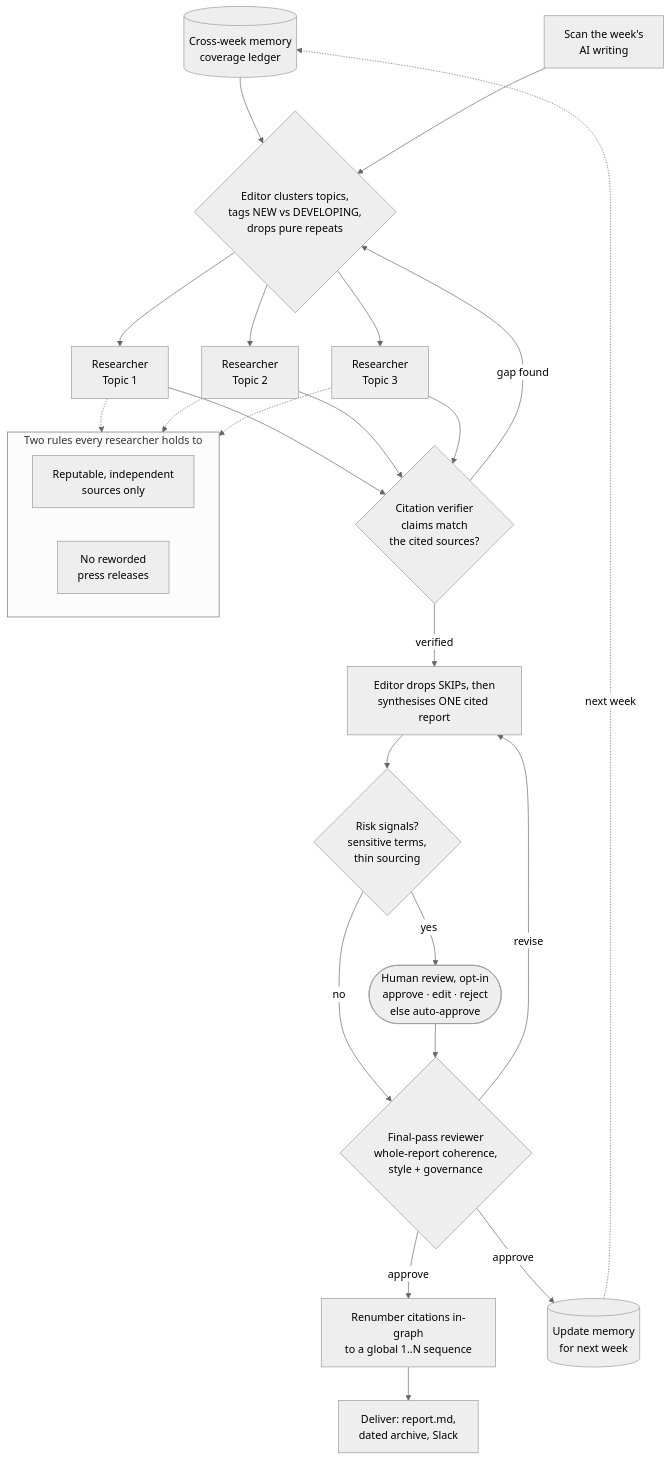
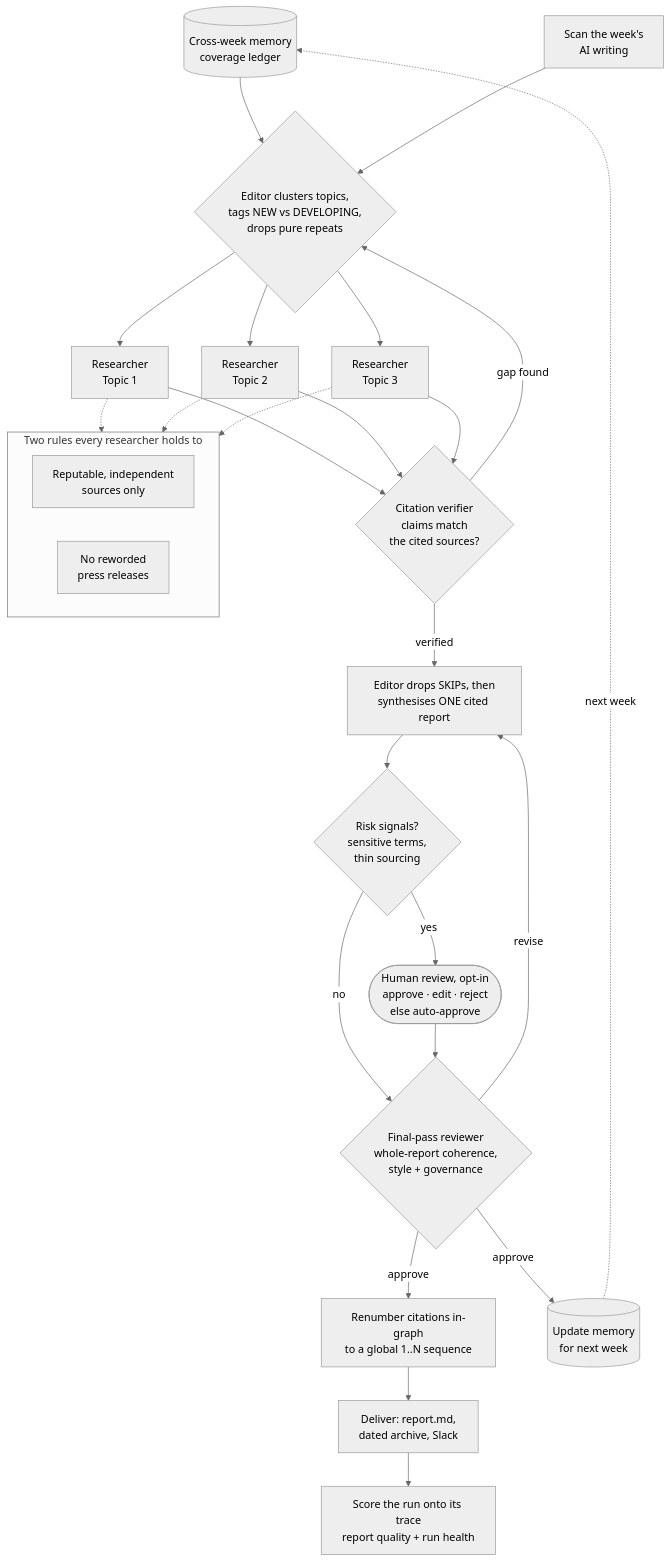
One commit to joel-langchain/throughline changed the diagram in README.md. Above: the diagram before and after it, drawn with Mermaid (neutral theme). The commit also changed other lines of this file, not shown here.

````diff
--- a/README.md
+++ b/README.md
@@ -39,30 +39,31 @@
 ```mermaid
 flowchart TD
     MEM[(Cross-week memory<br/>coverage ledger)] --> B
     A[Scan the week's<br/>AI writing] --> B{Editor clusters topics,<br/>tags NEW vs DEVELOPING,<br/>drops pure repeats}
     B --> R1[Researcher<br/>Topic 1]
     B --> R2[Researcher<br/>Topic 2]
     B --> R3[Researcher<br/>Topic 3]
     subgraph G [Two rules every researcher holds to]
         direction LR
         Q1[Reputable, independent<br/>sources only]
         Q2[No reworded<br/>press releases]
     end
     R1 -.-> G
     R2 -.-> G
     R3 -.-> G
     R1 --> V{Citation verifier<br/>claims match<br/>the cited sources?}
     R2 --> V
     R3 --> V
     V -->|gap found| B
     V -->|verified| S[Editor drops SKIPs, then<br/>synthesises ONE cited report]
     S --> HITL{Risk signals?<br/>sensitive terms,<br/>thin sourcing}
     HITL -->|yes| HR([Human review, opt-in<br/>approve · edit · reject<br/>else auto-approve])
     HITL -->|no| FP
     HR --> FP{Final-pass reviewer<br/>whole-report coherence,<br/>style + governance}
     FP -->|revise| S
     FP -->|approve| RN[Renumber citations in-graph<br/>to a global 1..N sequence]
     FP -->|approve| U[(Update memory<br/>for next week)]
     RN --> D[Deliver: report.md,<br/>dated archive, Slack]
+    D --> SC[Score the run onto its trace<br/>report quality + run health]
     U -.->|next week| MEM
 ```
````
